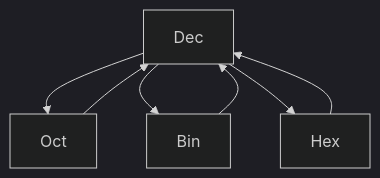
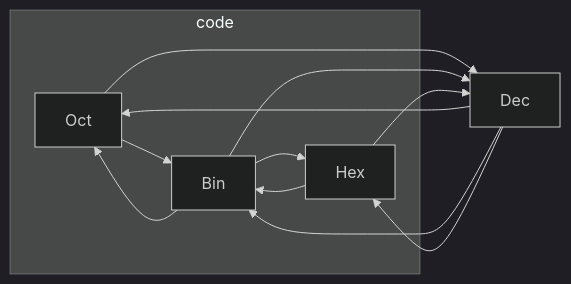
Before and after one commit to zz-f-g/notes: the second of 4 diagrams in CSNotes/DC.md, drawn with Mermaid (dark theme). The commit also changed other lines of this file and 2 other files, not shown here.

````diff
--- a/CSNotes/DC.md
+++ b/CSNotes/DC.md
@@ -116,6 +116,10 @@
 ```mermaid
-graph TD
-Dec --> Oct --> Dec
-Dec --> Bin --> Dec
-Dec --> Hex --> Dec
+flowchart LR
+    subgraph code
+        Oct --> Bin --> Hex
+        Hex --> Bin --> Oct
+    end
+    Dec --> Oct --> Dec
+    Dec --> Bin --> Dec
+    Dec --> Hex --> Dec
 ```
````
